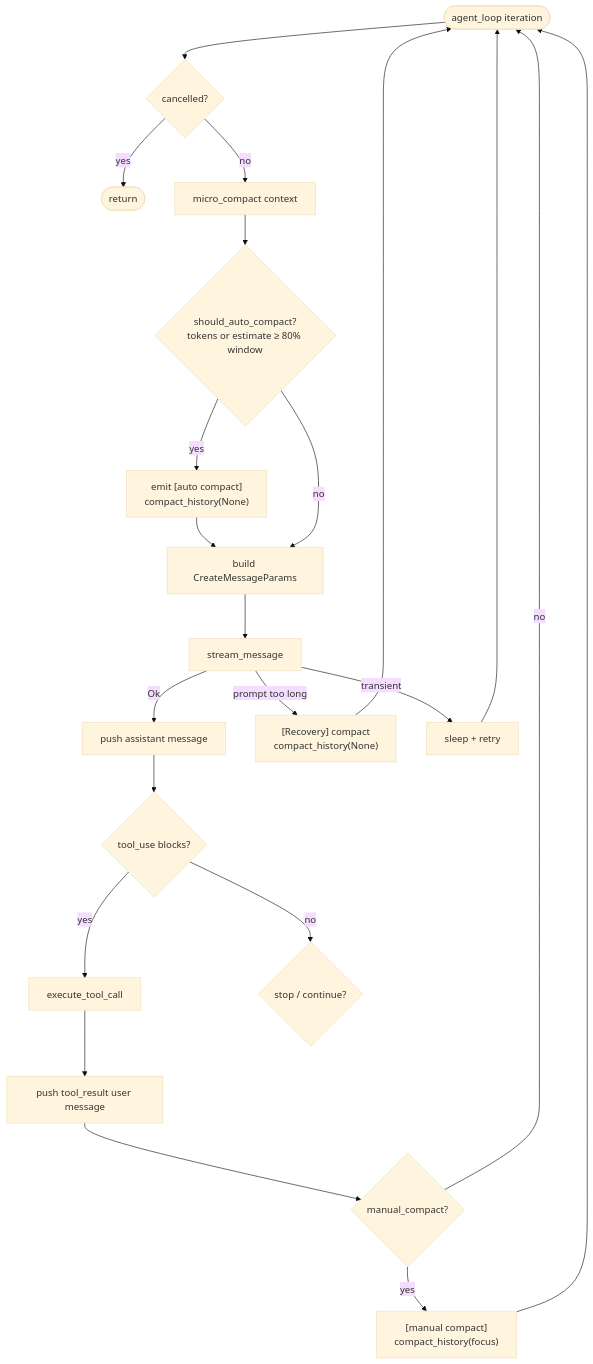
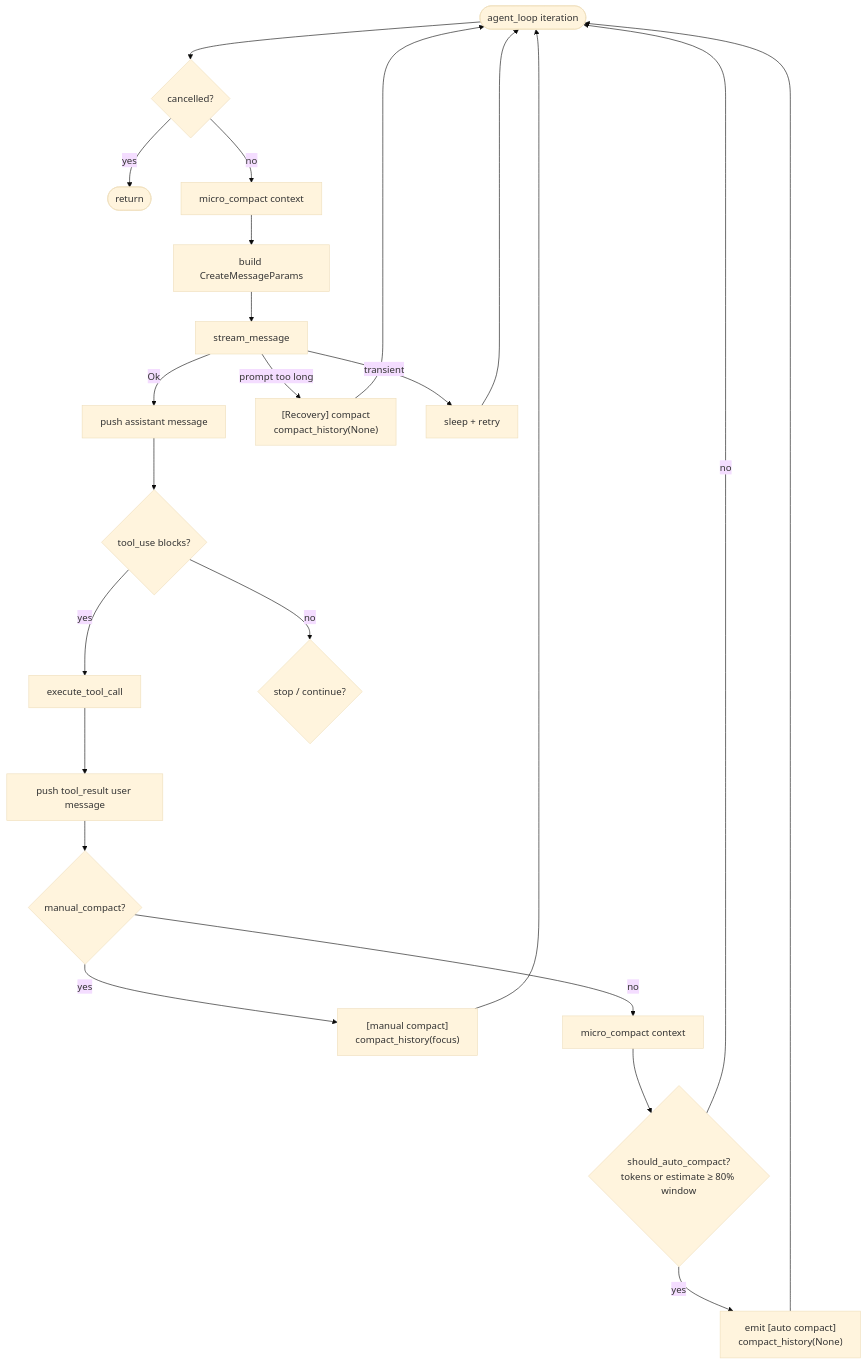
Before and after one commit to rust-infra/tact: the third of 15 diagrams in book/05_chapter_compact.md, drawn with Mermaid (base theme). The commit also changed other lines of this file and 203 other files, not shown here.

````diff
--- a/book/05_chapter_compact.md
+++ b/book/05_chapter_compact.md
@@ -84,24 +84,25 @@
 ```mermaid
 flowchart TD
     Start([agent_loop iteration]) --> Cancel{cancelled?}
     Cancel -->|yes| Exit([return])
     Cancel -->|no| MC[micro_compact context]
-    MC --> Size{should_auto_compact?<br/>tokens or estimate ≥ 80% window}
-    Size -->|yes| Auto["emit [auto compact]<br/>compact_history(None)"]
-    Auto --> Build
-    Size -->|no| Build[build CreateMessageParams]
+    MC --> Build[build CreateMessageParams]
     Build --> Stream[stream_message]
     Stream -->|Ok| Assist[push assistant message]
     Stream -->|prompt too long| Rec["[Recovery] compact<br/>compact_history(None)"]
     Rec --> Start
     Stream -->|transient| Backoff[sleep + retry]
     Backoff --> Start
     Assist --> Tools{tool_use blocks?}
     Tools -->|yes| Exec[execute_tool_call]
     Exec --> Persist[push tool_result user message]
     Persist --> Man{manual_compact?}
     Man -->|yes| MC2["[manual compact]<br/>compact_history(focus)"]
     MC2 --> Start
-    Man -->|no| Start
+    Man -->|no| MC3[micro_compact context]
+    MC3 --> Size{should_auto_compact?<br/>tokens or estimate ≥ 80% window}
+    Size -->|yes| Auto["emit [auto compact]<br/>compact_history(None)"]
+    Auto --> Start
+    Size -->|no| Start
     Tools -->|no| Done{stop / continue?}
 ```
````
